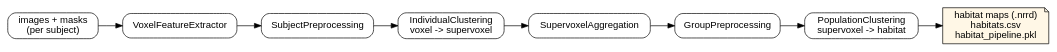
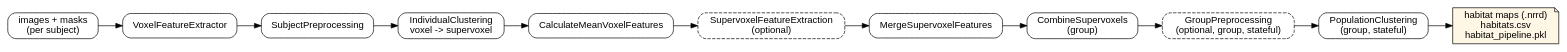
The third of 5 diagrams in docs/source/development/architecture.rst (lichao312214129/HABIT), drawn with Graphviz before and after one commit. The commit also changed other lines of this file and 33 other files, not shown here.

First line of the commit message:
docs: update architecture documentation and remove obsolete files

```diff
--- a/docs/source/development/architecture.rst
+++ b/docs/source/development/architecture.rst
@@ -383,18 +516,21 @@
 .. graphviz::
 
    digraph fit_flow {
        rankdir=LR;
        node [shape=box, style=rounded, fontname="Helvetica"];
 
        Imgs [label="images + masks\n(per subject)"];
        VF [label="VoxelFeatureExtractor"];
        SP [label="SubjectPreprocessing"];
        IC [label="IndividualClustering\nvoxel -> supervoxel"];
-       SA [label="SupervoxelAggregation"];
-       GP [label="GroupPreprocessing"];
-       PC [label="PopulationClustering\nsupervoxel -> habitat"];
+       MVF [label="CalculateMeanVoxelFeatures"];
+       SF [label="SupervoxelFeatureExtraction\n(optional)", style="dashed,rounded"];
+       MS [label="MergeSupervoxelFeatures"];
+       CS [label="CombineSupervoxels\n(group)"];
+       GP [label="GroupPreprocessing\n(optional, group, stateful)", style="dashed,rounded"];
+       PC [label="PopulationClustering\n(group, stateful)"];
        Out [label="habitat maps (.nrrd)\nhabitats.csv\nhabitat_pipeline.pkl",
             shape=note, fillcolor="#fff7e6", style="filled,rounded"];
 
-       Imgs -> VF -> SP -> IC -> SA -> GP -> PC -> Out;
+       Imgs -> VF -> SP -> IC -> MVF -> SF -> MS -> CS -> GP -> PC -> Out;
    }
```
